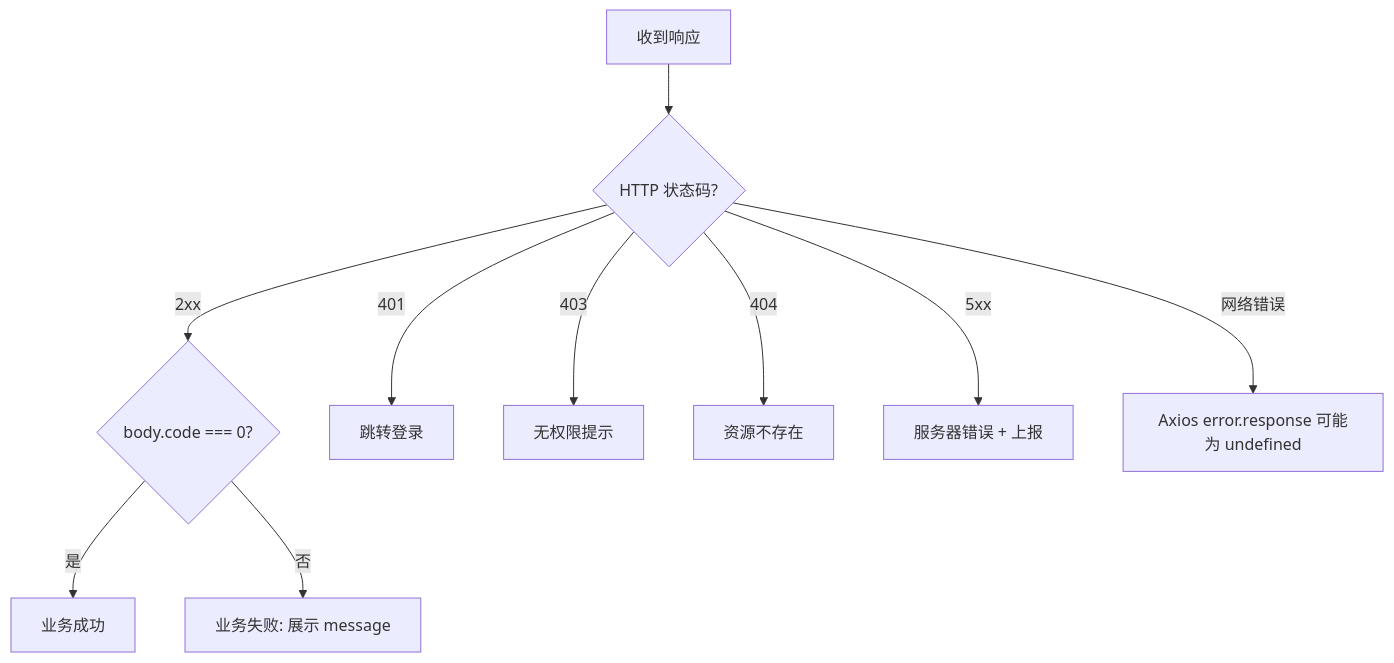
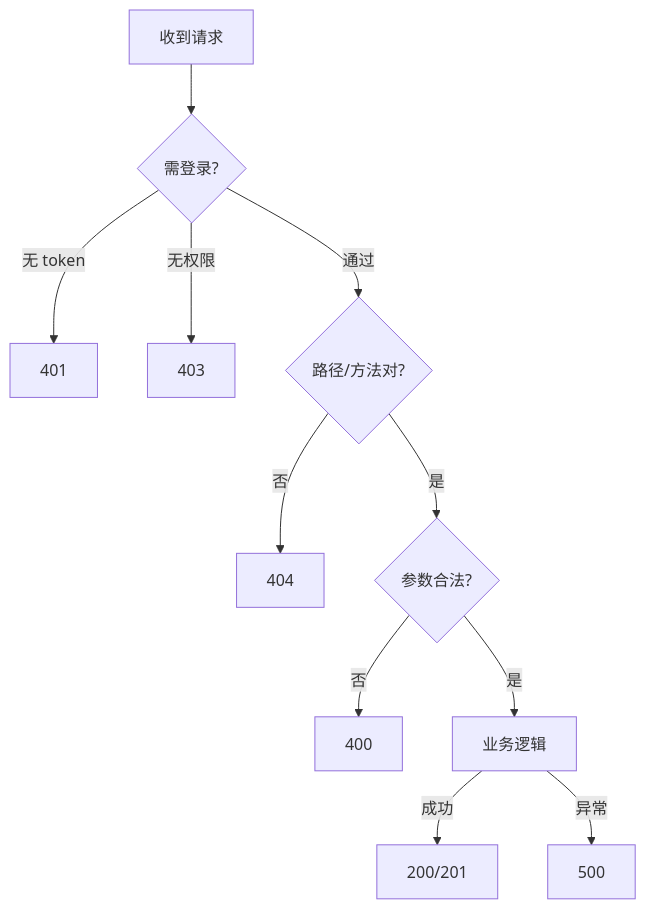
The third of 4 diagrams in 前端学习/计算机网络/04-HTTP协议深入.md (moqix26/study), drawn with Mermaid before and after one commit. The commit also changed other lines of this file and 10 other files, not shown here.

````diff
--- a/前端学习/计算机网络/04-HTTP协议深入.md
+++ b/前端学习/计算机网络/04-HTTP协议深入.md
@@ -412,12 +262,13 @@
 ```mermaid
 flowchart TD
-    Start[收到响应] --> Q1{HTTP 状态码?}
-    Q1 -->|2xx| Q2{body.code === 0?}
-    Q2 -->|是| OK[业务成功]
-    Q2 -->|否| BizFail[业务失败: 展示 message]
-    Q1 -->|401| Login[跳转登录]
-    Q1 -->|403| Deny[无权限提示]
-    Q1 -->|404| NotFound[资源不存在]
-    Q1 -->|5xx| ServerErr[服务器错误 + 上报]
-    Q1 -->|网络错误| NetErr[Axios error.response 可能为 undefined]
+    Start[收到请求] --> Auth{需登录?}
+    Auth -->|无 token| R401[401]
+    Auth -->|无权限| R403[403]
+    Auth -->|通过| Route{路径/方法对?}
+    Route -->|否| R404[404]
+    Route -->|是| Valid{参数合法?}
+    Valid -->|否| R400[400]
+    Valid -->|是| Biz[业务逻辑]
+    Biz -->|成功| R200[200/201]
+    Biz -->|异常| R500[500]
 ```
````
